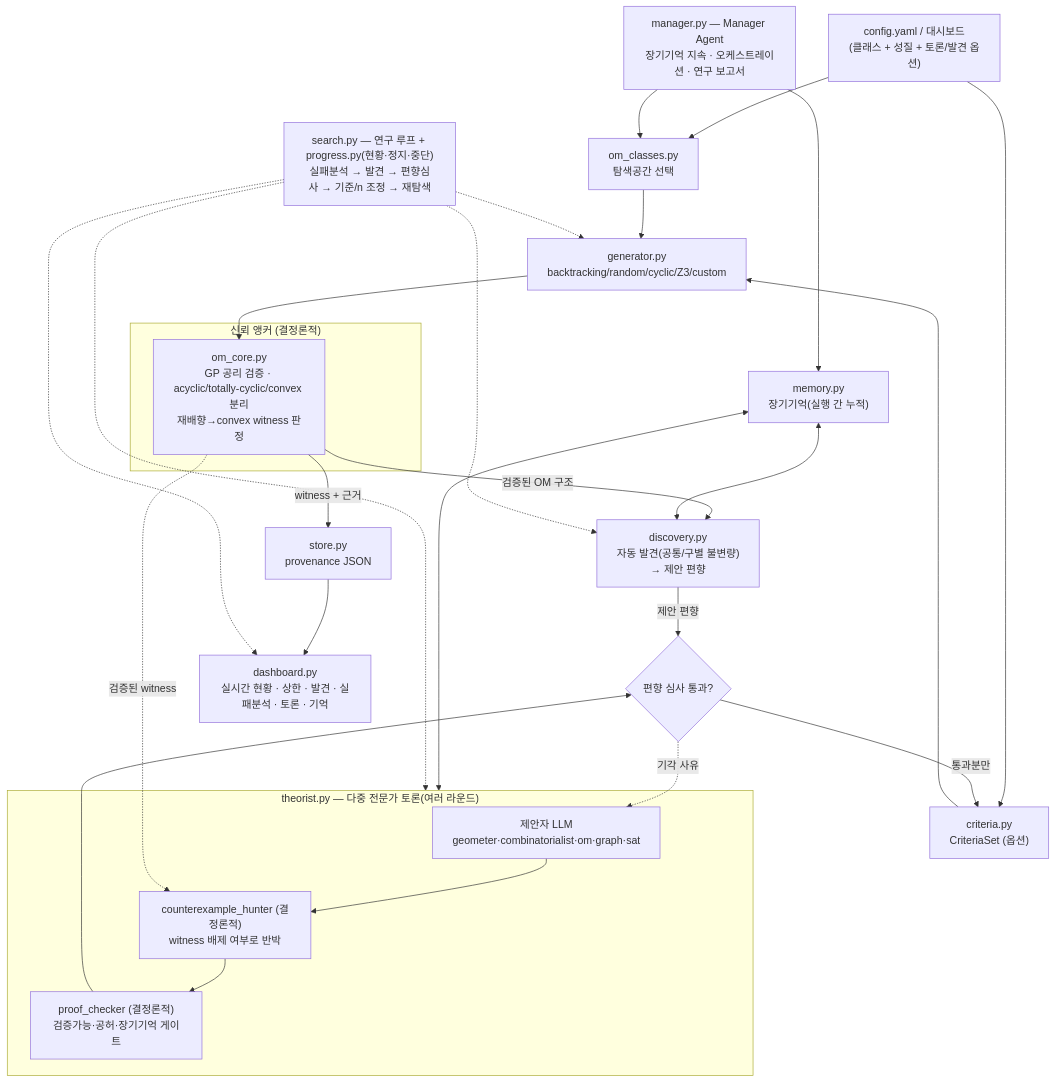
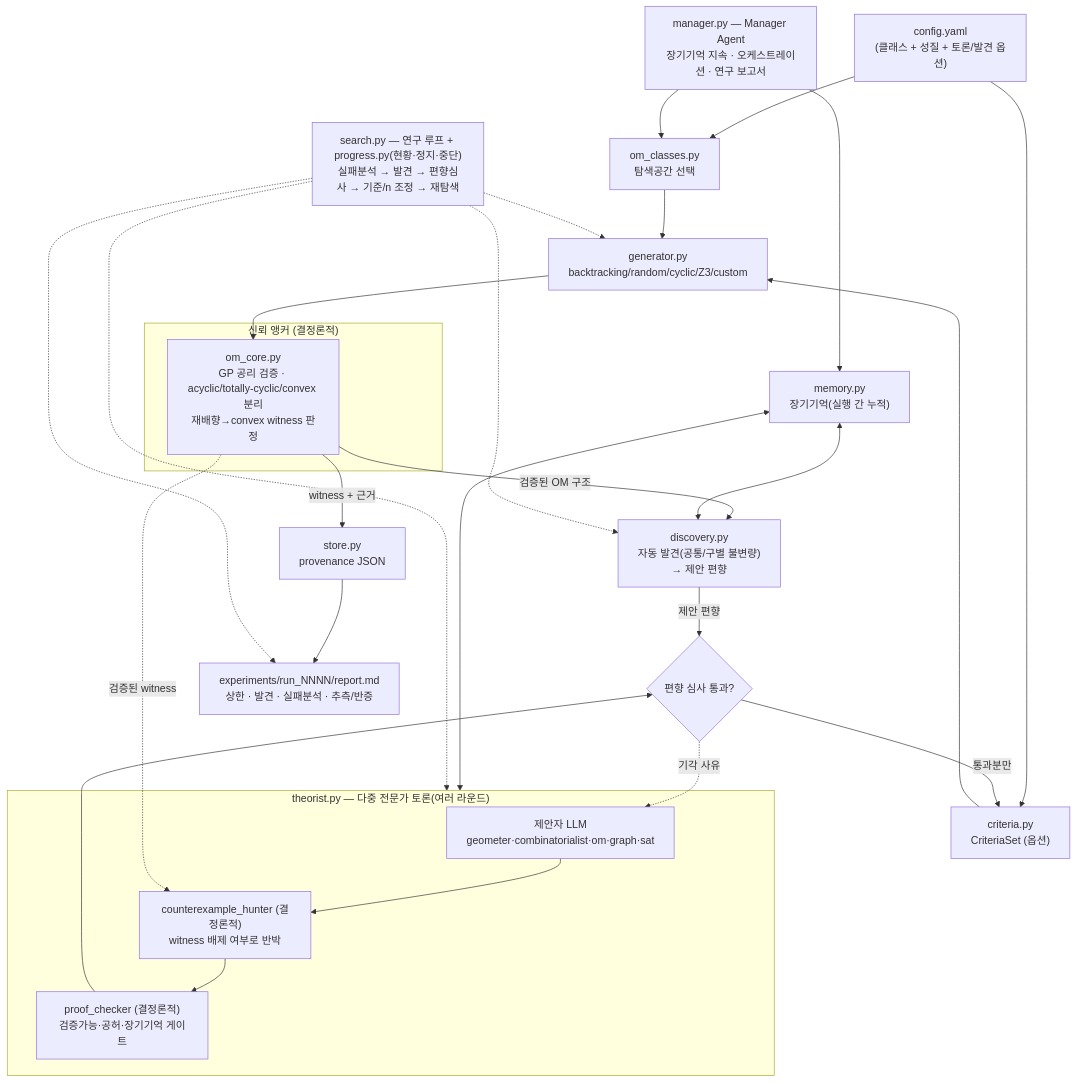
Before and after one commit to hyunsung021123/Mcmullen-lab: the diagram in README.md, drawn with Mermaid. The commit also changed other lines of this file and 54 other files, not shown here.

````diff
--- a/README.md
+++ b/README.md
@@ -250,38 +271,38 @@
 ```mermaid
 flowchart TD
     MGR["manager.py — Manager Agent\n장기기억 지속 · 오케스트레이션 · 연구 보고서"]
     subgraph CORE["신뢰 앵커 (결정론적)"]
         V["om_core.py\nGP 공리 검증 · acyclic/totally-cyclic/convex 분리\n재배향→convex witness 판정"]
     end
 
-    CFG["config.yaml / 대시보드\n(클래스 + 성질 + 토론/발견 옵션)"] --> CLS["om_classes.py\n탐색공간 선택"]
+    CFG["config.yaml\n(클래스 + 성질 + 토론/발견 옵션)"] --> CLS["om_classes.py\n탐색공간 선택"]
     CFG --> CR["criteria.py\nCriteriaSet (옵션)"]
     CLS --> GEN["generator.py\nbacktracking/random/cyclic/Z3/custom"]
     CR --> GEN
     GEN --> V
     V -->|"witness + 근거"| STORE["store.py\nprovenance JSON"]
     V -->|"검증된 OM 구조"| DISC["discovery.py\n자동 발견(공통/구별 불변량)\n→ 제안 편향"]
 
     DISC -->|"제안 편향"| GATE
     subgraph DEBATE["theorist.py — 다중 전문가 토론(여러 라운드)"]
         PROP["제안자 LLM\ngeometer·combinatorialist·om·graph·sat"]
         HUNT["counterexample_hunter (결정론적)\nwitness 배제 여부로 반박"]
         CHK["proof_checker (결정론적)\n검증가능·공허·장기기억 게이트"]
         PROP --> HUNT --> CHK
     end
     V -.->|"검증된 witness"| HUNT
     CHK --> GATE{"편향 심사 통과?"}
     GATE -->|"통과분만"| CR
     GATE -.->|"기각 사유"| PROP
 
     MEM["memory.py\n장기기억(실행 간 누적)"] <--> DEBATE
     MEM <--> DISC
-    STORE --> UI["dashboard.py\n실시간 현황 · 상한 · 발견 · 실패분석 · 토론 · 기억"]
+    STORE --> UI["experiments/run_NNNN/report.md\n상한 · 발견 · 실패분석 · 추측/반증"]
 
     MGR --> CLS
     MGR --> MEM
     SEARCH["search.py — 연구 루프 + progress.py(현황·정지·중단)\n실패분석 → 발견 → 편향심사 → 기준/n 조정 → 재탐색"] -.-> GEN
     SEARCH -.-> DISC
     SEARCH -.-> DEBATE
     SEARCH -.-> UI
 ```
````
